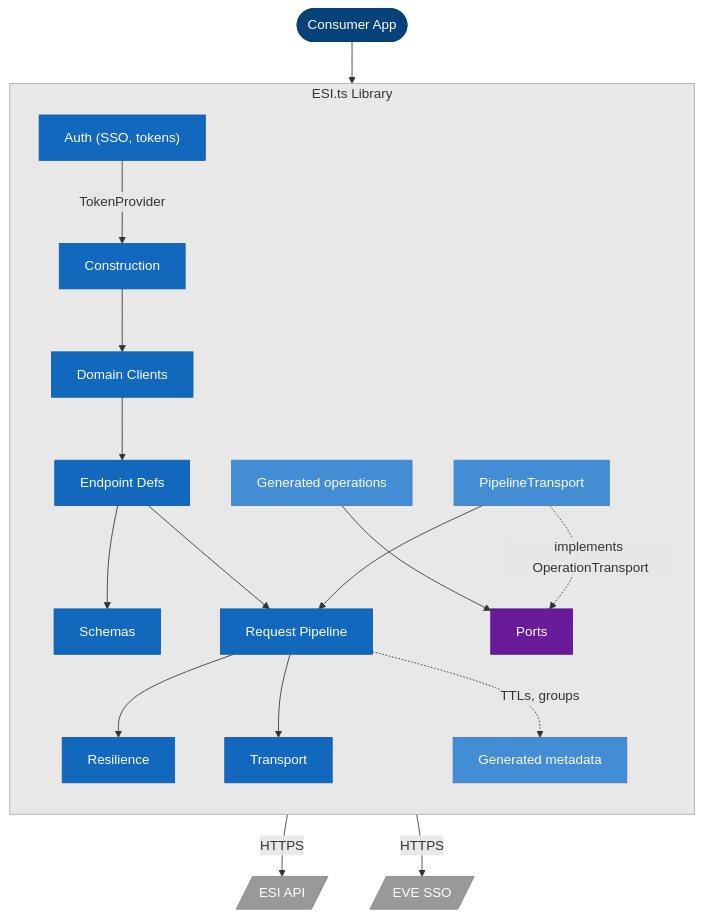
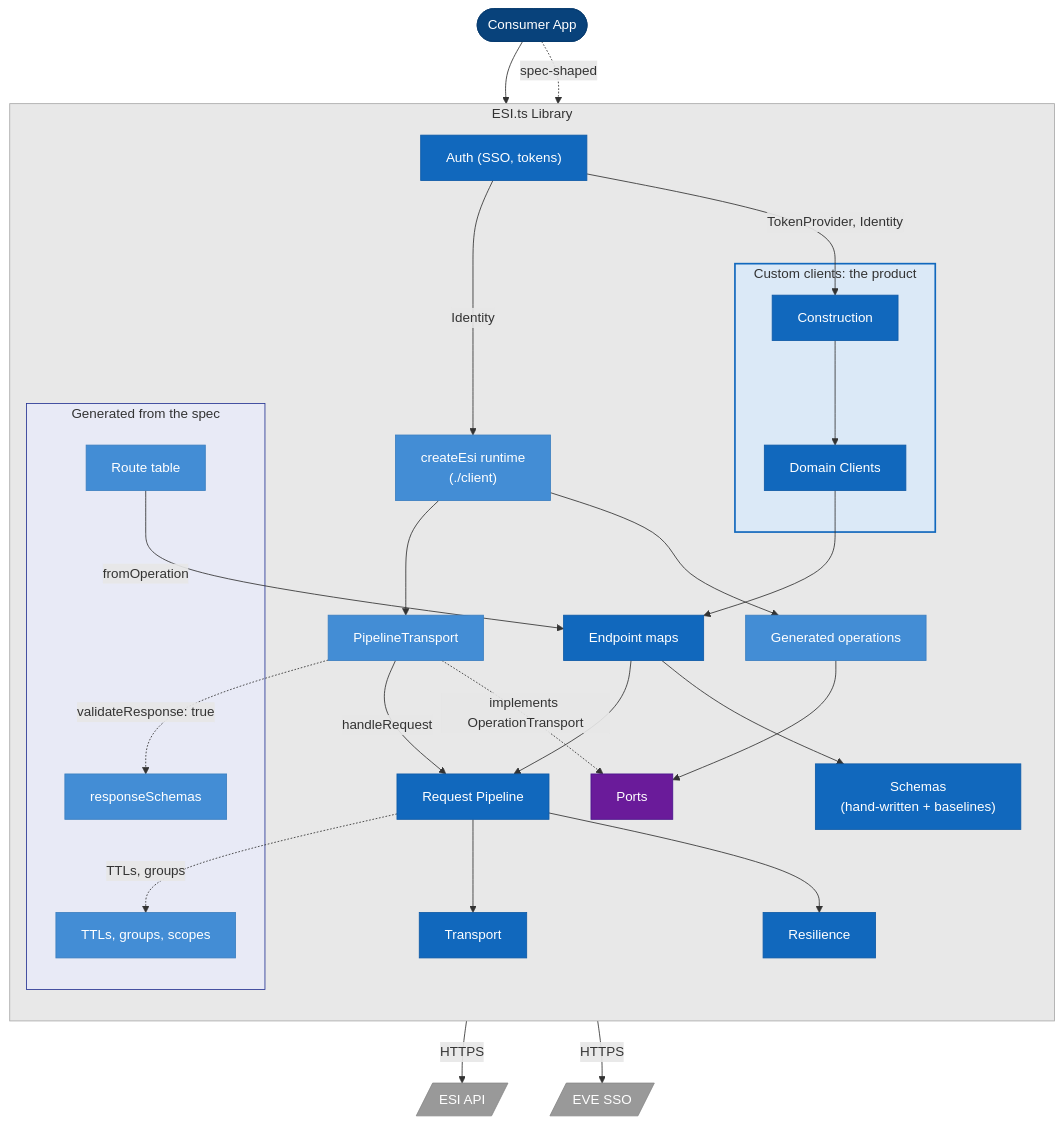
The second of 17 diagrams in guides/ARCHITECTURE.md (lgriffin/ESI.ts), drawn with Mermaid before and after one commit. The commit also changed other lines of this file and 2 other files, not shown here.

First line of the commit message:
docs(architecture): redraw diagrams for custom clients as the product and spec:generate outputs (#688)

````diff
--- a/guides/ARCHITECTURE.md
+++ b/guides/ARCHITECTURE.md
@@ -87,54 +89,73 @@
 ```mermaid
 flowchart TB
     consumer(["Consumer App"])
 
     subgraph esits ["ESI.ts Library"]
         direction TB
-        publicApi["Construction"]
-        domainClients["Domain Clients"]
-        endpointDefs["Endpoint Defs"]
-        schemas["Schemas"]
+        subgraph product ["Custom clients: the product"]
+            publicApi["Construction"]
+            domainClients["Domain Clients"]
+        end
+        runtime["createEsi runtime<br/>(./client)"]
+        endpointDefs["Endpoint maps"]
+        schemas["Schemas<br/>(hand-written + baselines)"]
+        genOps["Generated operations"]
+        adapters["PipelineTransport"]
         pipeline["Request Pipeline"]
         resilience["Resilience"]
         transport["Transport"]
-        generated["Generated metadata"]
         auth["Auth (SSO, tokens)"]
         ports["Ports"]
-        adapters["PipelineTransport"]
-        genOps["Generated operations"]
+        subgraph gen ["Generated from the spec"]
+            routes["Route table"]
+            respSchemas["responseSchemas"]
+            generated["TTLs, groups, scopes"]
+        end
     end
 
     esi[/"ESI API"/]
+    sso[/"EVE SSO"/]
 
     consumer --> publicApi
+    consumer -. "spec-shaped" .-> runtime
     publicApi --> domainClients
     domainClients --> endpointDefs
+    routes -- "fromOperation" --> endpointDefs
     endpointDefs --> schemas
     endpointDefs --> pipeline
+    runtime --> genOps
+    runtime --> adapters
+    genOps --> ports
+    adapters -. "implements OperationTransport" .-> ports
+    adapters -. "validateResponse: true" .-> respSchemas
+    adapters -- "handleRequest" --> pipeline
     pipeline --> resilience
     pipeline --> transport
     pipeline -. "TTLs, groups" .-> generated
     transport -- "HTTPS" --> esi
-    auth -- "TokenProvider" --> publicApi
-    auth -- "HTTPS" --> sso[/"EVE SSO"/]
-    genOps --> ports
-    adapters -. "implements OperationTransport" .-> ports
-    adapters --> pipeline
+    auth -- "TokenProvider, Identity" --> publicApi
+    auth -- "Identity" --> runtime
+    auth -- "HTTPS" --> sso
 
     style consumer fill:#08427b,color:#fff,stroke:#073b6f
+    style product fill:#dbe9f7,stroke:#1168bd,stroke-width:2px
     style publicApi fill:#1168bd,color:#fff,stroke:#0e5aa7
     style domainClients fill:#1168bd,color:#fff,stroke:#0e5aa7
     style endpointDefs fill:#1168bd,color:#fff,stroke:#0e5aa7
     style schemas fill:#1168bd,color:#fff,stroke:#0e5aa7
     style pipeline fill:#1168bd,color:#fff,stroke:#0e5aa7
     style resilience fill:#1168bd,color:#fff,stroke:#0e5aa7
     style transport fill:#1168bd,color:#fff,stroke:#0e5aa7
-    style generated fill:#438dd5,color:#fff,stroke:#3c7fc0
     style auth fill:#1168bd,color:#fff,stroke:#0e5aa7
-    style ports fill:#6a1b9a,color:#fff,stroke:#4a148c
+    style runtime fill:#438dd5,color:#fff,stroke:#3c7fc0
     style adapters fill:#438dd5,color:#fff,stroke:#3c7fc0
     style genOps fill:#438dd5,color:#fff,stroke:#3c7fc0
+    style ports fill:#6a1b9a,color:#fff,stroke:#4a148c
+    style gen fill:#e8eaf6,stroke:#283593
+    style routes fill:#438dd5,color:#fff,stroke:#3c7fc0
+    style respSchemas fill:#438dd5,color:#fff,stroke:#3c7fc0
+    style generated fill:#438dd5,color:#fff,stroke:#3c7fc0
     style sso fill:#999,color:#fff,stroke:#888
     style esi fill:#999,color:#fff,stroke:#888
     style esits fill:#e8e8e8,stroke:#aaa
 ```
````
